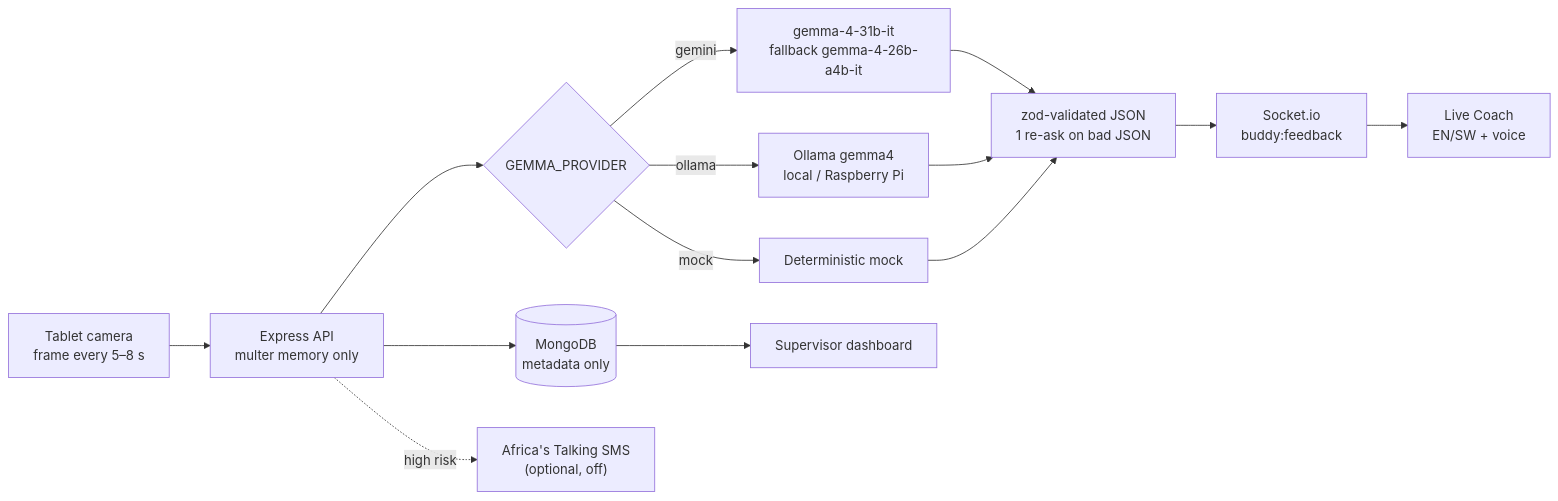
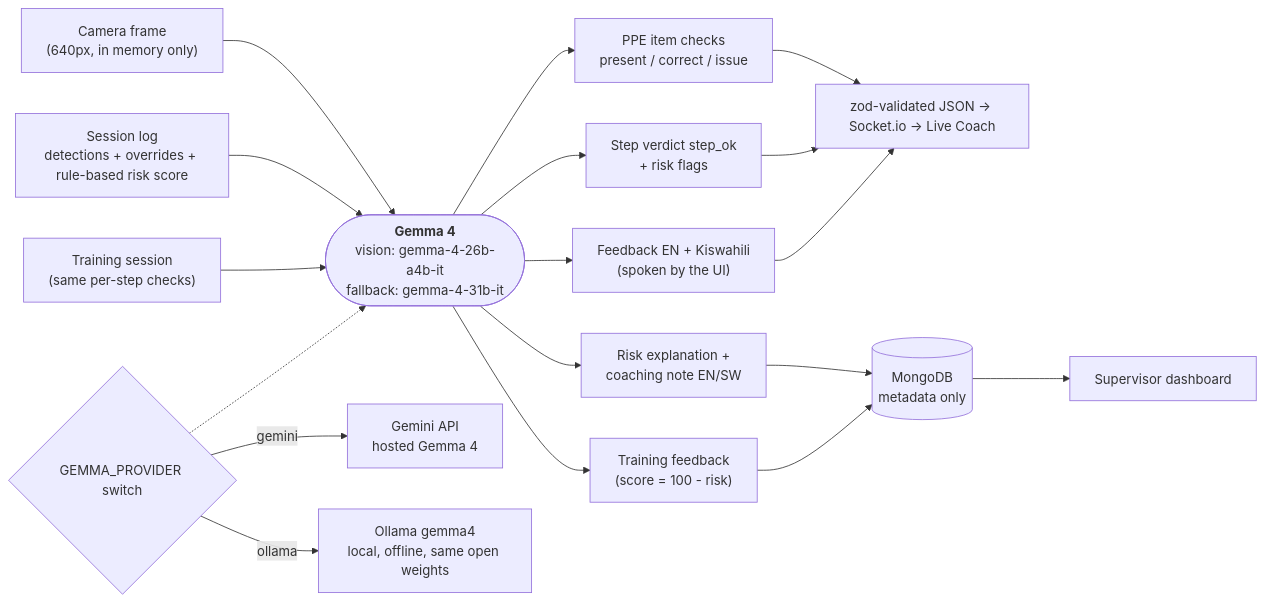
Before and after one commit to Chrisleo-16/buddyai: the diagram in README.md, drawn with Mermaid. The commit also changed other lines of this file and 2 other files, not shown here.

Commit message:
feat: serve built PWA from Express in production (same-origin API + Socket.io); README: Gemma 4 core architecture, Why Gemma 4, feature table; add DEPLOY.md

````diff
--- a/README.md
+++ b/README.md
@@ -47,14 +51,17 @@
 ```mermaid
 flowchart LR
-  cam["Tablet camera<br/>frame every 5–8 s"] --> api["Express API<br/>multer memory only"]
-  api --> prov{"GEMMA_PROVIDER"}
-  prov -->|gemini| g["gemma-4-31b-it<br/>fallback gemma-4-26b-a4b-it"]
-  prov -->|ollama| o["Ollama gemma4<br/>local / Raspberry Pi"]
-  prov -->|mock| m["Deterministic mock"]
-  g & o & m --> z["zod-validated JSON<br/>1 re-ask on bad JSON"]
-  z --> sock["Socket.io<br/>buddy:feedback"]
-  sock --> ui["Live Coach<br/>EN/SW + voice"]
-  api --> db[("MongoDB<br/>metadata only")]
-  db --> dash["Supervisor dashboard"]
-  api -. "high risk" .-> sms["Africa's Talking SMS<br/>(optional, off)"]
+  cam["Camera frame<br/>(640px, in memory only)"] --> G
+  log["Session log<br/>detections + overrides + rule-based risk score"] --> G
+  train["Training session<br/>(same per-step checks)"] --> G
+  G(["<b>Gemma 4</b><br/>vision: gemma-4-26b-a4b-it<br/>fallback: gemma-4-31b-it"])
+  G --> v1["PPE item checks<br/>present / correct / issue"]
+  G --> v2["Step verdict step_ok<br/>+ risk flags"]
+  G --> v3["Feedback EN + Kiswahili<br/>(spoken by the UI)"]
+  G --> c1["Risk explanation +<br/>coaching note EN/SW"]
+  G --> t1["Training feedback<br/>(score = 100 - risk)"]
+  sw{"GEMMA_PROVIDER switch"} -.-> G
+  sw -->|gemini| gem["Gemini API<br/>hosted Gemma 4"]
+  sw -->|ollama| oll["Ollama gemma4<br/>local, offline, same open weights"]
+  v1 & v2 & v3 --> sock["zod-validated JSON -> Socket.io -> Live Coach"]
+  c1 & t1 --> db[("MongoDB<br/>metadata only")] --> dash["Supervisor dashboard"]
 ```
````
